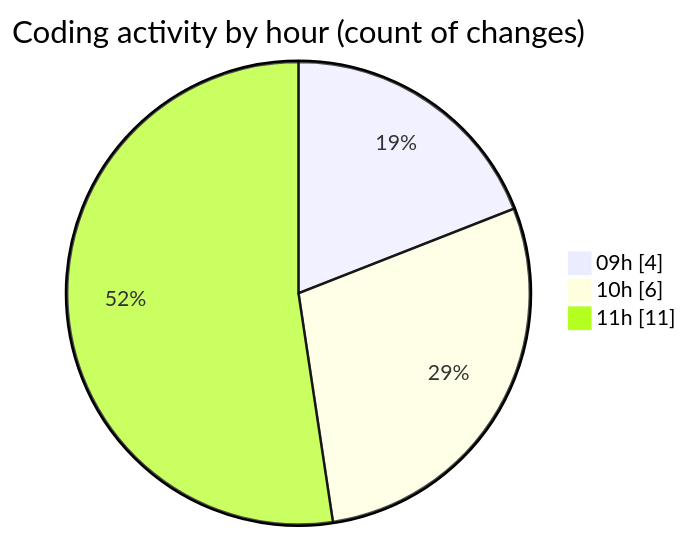
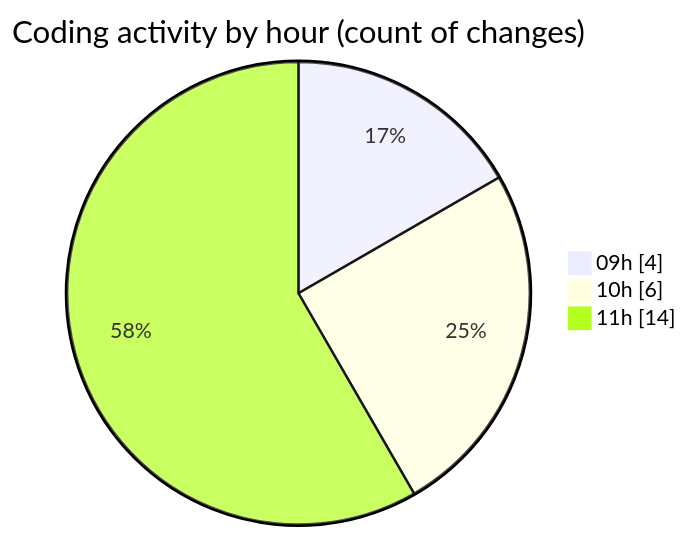
Before and after one commit to momahboobian/code-tracking: the second of 2 diagrams in 2025-05-29/cda/README.md, drawn with Mermaid. The commit also changed other lines of this file and 1 other file, not shown here.

````diff
--- a/2025-05-29/cda/README.md
+++ b/2025-05-29/cda/README.md
@@ -31,7 +31,7 @@
 ```mermaid
 pie showData
 title Coding activity by hour (count of changes)
 "09h" : 4
 "10h" : 6
-"11h" : 11
+"11h" : 14
 ```
````
